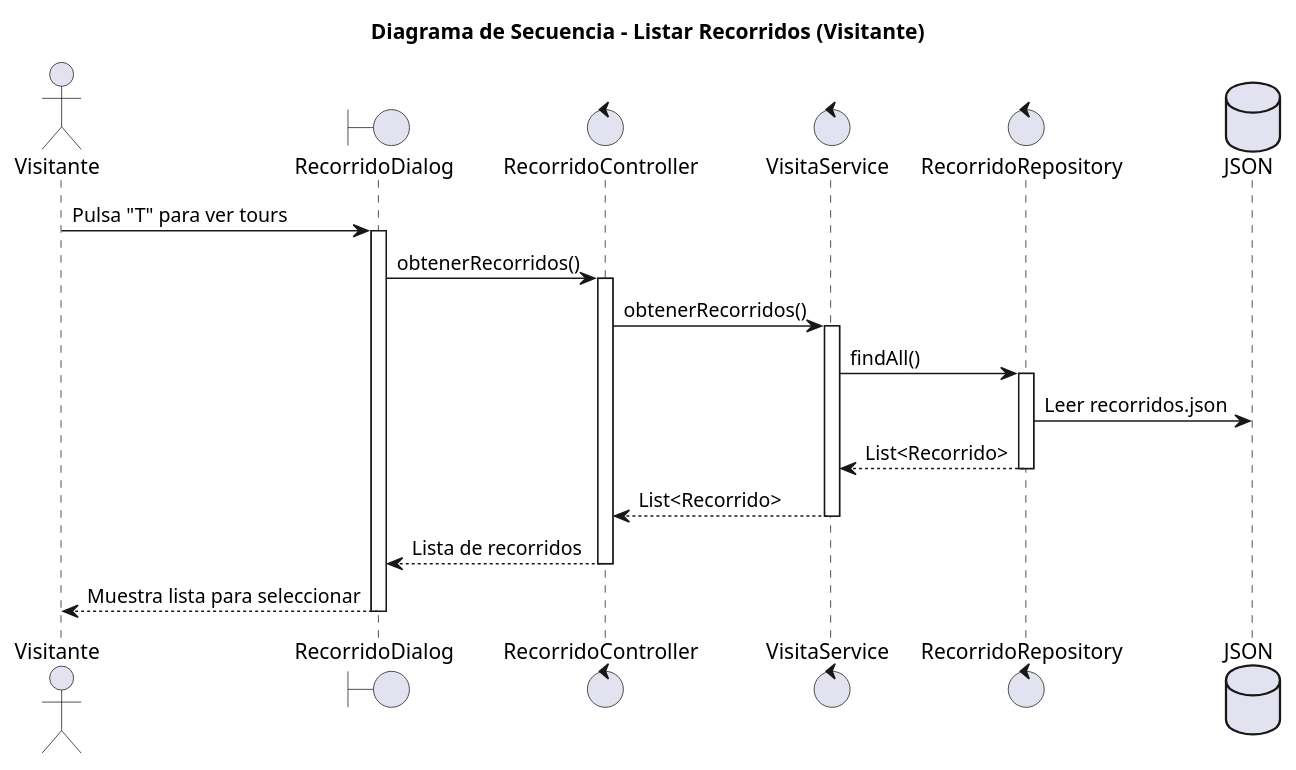
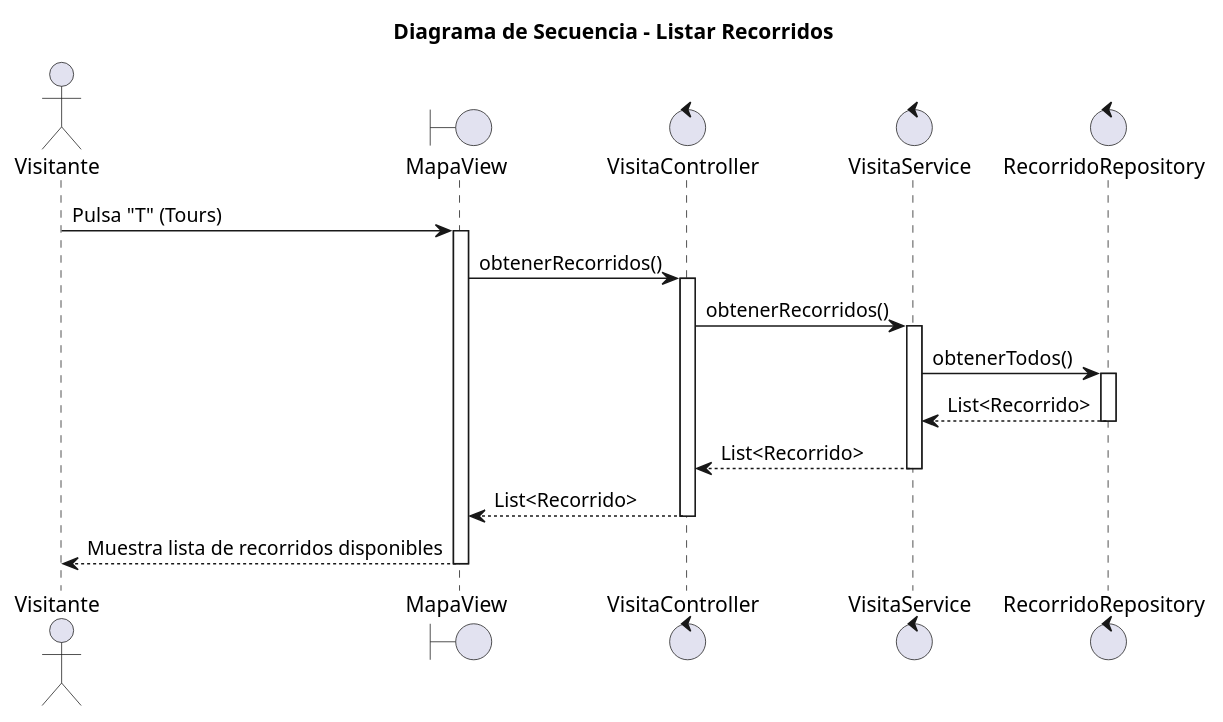
One commit to mmasias/25-26-idsw2-sdVC changed the diagram in modelosUML/02-diseño/01-Visitante/listarRecorridos/secuencia.puml. Above: the diagram before and after it, drawn with PlantUML. The commit also changed 36 other files, not shown here.

Commit message:
refactor(uml):update design diagrams and specs with new functions

```diff
--- a/modelosUML/02-diseño/01-Visitante/listarRecorridos/secuencia.puml
+++ b/modelosUML/02-diseño/01-Visitante/listarRecorridos/secuencia.puml
@@ -1,29 +1,27 @@
 @startuml
-title "Diagrama de Secuencia - Listar Recorridos (Visitante)"
+title "Diagrama de Secuencia - Listar Recorridos"
 
 actor "Visitante" as visitor
-boundary "RecorridoDialog" as view
-control "RecorridoController" as controller
+boundary "MapaView" as view
+control "VisitaController" as controller
 control "VisitaService" as service
 control "RecorridoRepository" as repository
-database "JSON" as db
 
-visitor -> view: Pulsa "T" para ver tours
+visitor -> view: Pulsa "T" (Tours)
 activate view
 view -> controller: obtenerRecorridos()
 activate controller
 controller -> service: obtenerRecorridos()
 activate service
-service -> repository: findAll()
+service -> repository: obtenerTodos()
 activate repository
-repository -> db: Leer recorridos.json
 repository --> service: List<Recorrido>
 deactivate repository
 service --> controller: List<Recorrido>
 deactivate service
-controller --> view: Lista de recorridos
+controller --> view: List<Recorrido>
 deactivate controller
-view --> visitor: Muestra lista para seleccionar
+view --> visitor: Muestra lista de recorridos disponibles
 deactivate view
 
 @enduml
```
